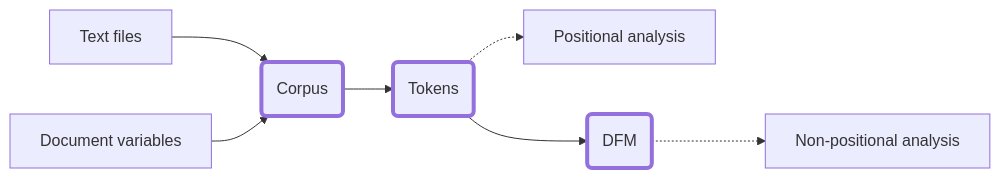
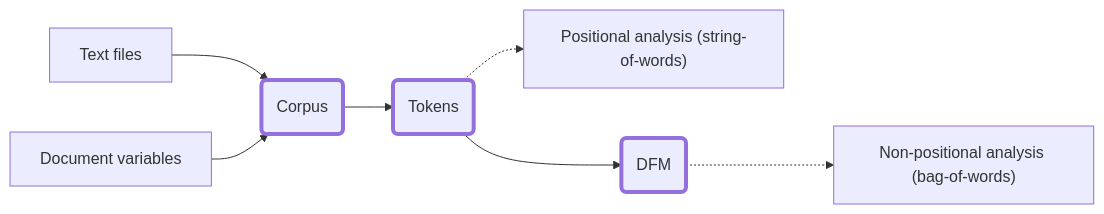
One commit to quanteda/tutorials.quanteda.io changed the diagram in content/basic-operations/workflow.en.markdown. Above: the diagram before and after it, drawn with Mermaid. The commit also changed 1 other file, not shown here.

Commit message:
Restore labels that removed before the workshop

```diff
--- a/content/basic-operations/workflow.en.markdown
+++ b/content/basic-operations/workflow.en.markdown
@@ -26,19 +26,19 @@
 {{<mermaid align="left">}}
     graph LR
     D[Text files]
     V[Document variables]
     C(Corpus)
     T(Tokens)
-    AP[Positional analysis]
-    AN[Non-positional analysis]
+    AP["Positional analysis (string-of-words)"]
+    AN["Non-positional analysis (bag-of-words)"]
     M(DFM)
     style C stroke-width:4px
     style T stroke-width:4px
     style M stroke-width:4px
     D --> C
     V --> C 
     C --> T 
     T --> M
     T -.-> AP
     M -.-> AN
 {{< /mermaid >}}
```
